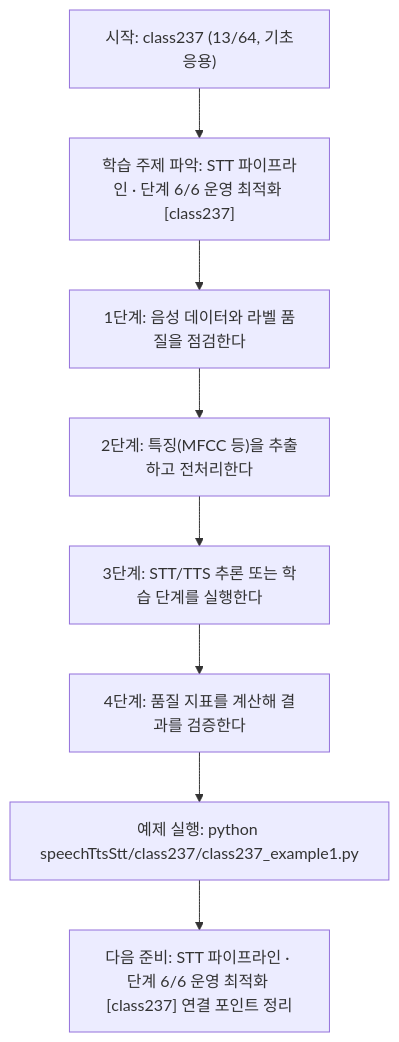
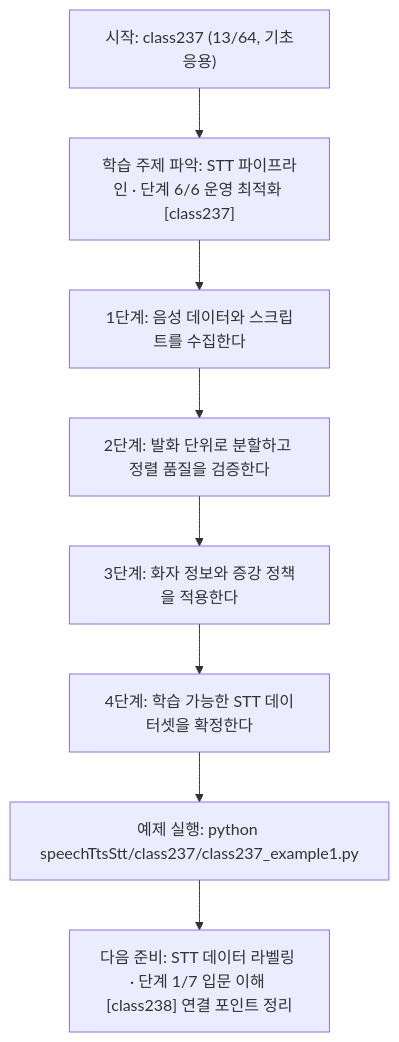
One commit to edumgt/Python-AI_Agent-Class changed the diagram in speechTtsStt/class237/class237.md. Above: the diagram before and after it, drawn with Mermaid. The commit also changed other lines of this file and 1122 other files, not shown here.

````diff
--- a/speechTtsStt/class237/class237.md
+++ b/speechTtsStt/class237/class237.md
@@ -113,18 +95,18 @@
 ```mermaid
 flowchart TD
 N1["시작: class237 (13/64, 기초응용)"]
 N2["학습 주제 파악: STT 파이프라인 · 단계 6/6 운영 최적화 [class237]"]
-N3["1단계: 음성 데이터와 라벨 품질을 점검한다"]
-N4["2단계: 특징(MFCC 등)을 추출하고 전처리한다"]
-N5["3단계: STT/TTS 추론 또는 학습 단계를 실행한다"]
-N6["4단계: 품질 지표를 계산해 결과를 검증한다"]
+N3["1단계: 음성 데이터와 스크립트를 수집한다"]
+N4["2단계: 발화 단위로 분할하고 정렬 품질을 검증한다"]
+N5["3단계: 화자 정보와 증강 정책을 적용한다"]
+N6["4단계: 학습 가능한 STT 데이터셋을 확정한다"]
 N7["예제 실행: python speechTtsStt/class237/class237_example1.py"]
-N8["다음 준비: STT 파이프라인 · 단계 6/6 운영 최적화 [class237] 연결 포인트 정리"]
+N8["다음 준비: STT 데이터 라벨링 · 단계 1/7 입문 이해 [class238] 연결 포인트 정리"]
 N1 --> N2
 N2 --> N3
 N3 --> N4
 N4 --> N5
 N5 --> N6
 N6 --> N7
 N7 --> N8
 ```
````
